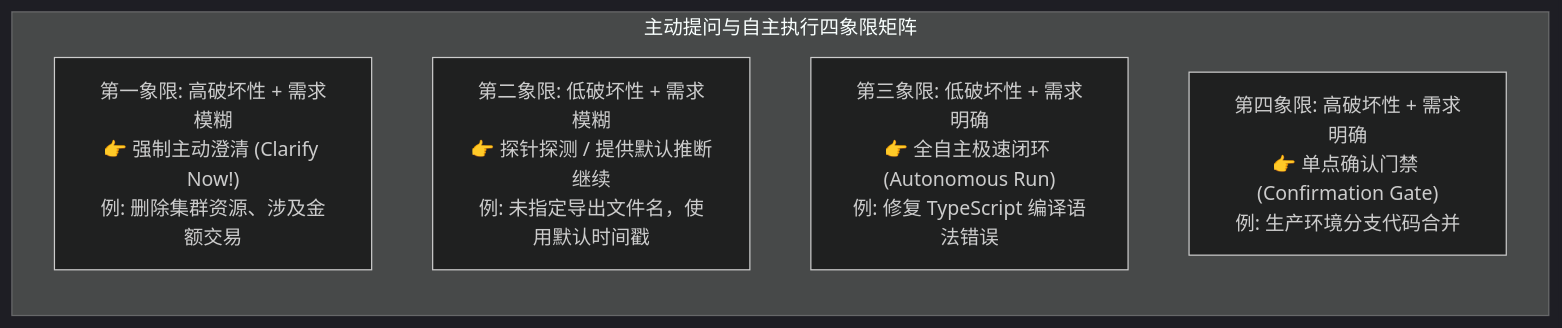
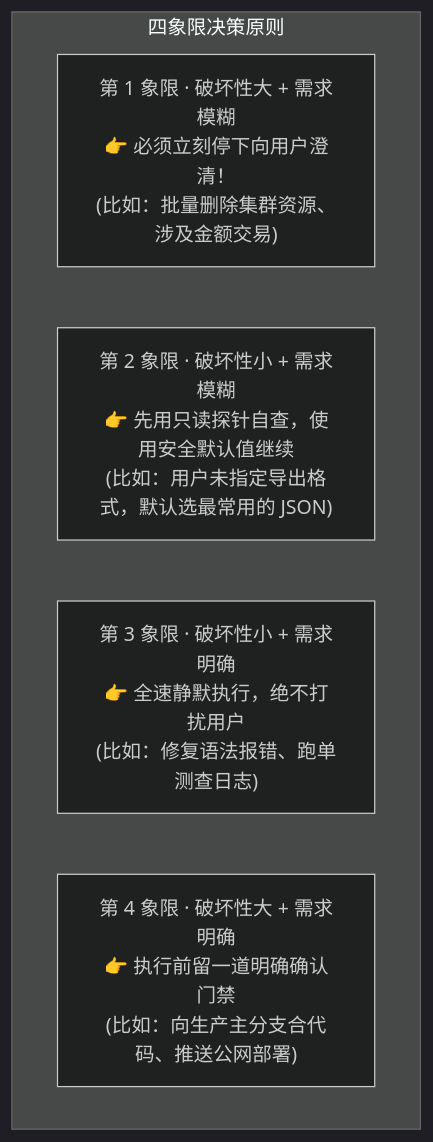
The first of 2 diagrams in app/ch06-interaction/03-human-in-the-loop-collaboration/page.mdx (ljh12138164/ai-agent-study), drawn with Mermaid (dark theme) before and after one commit. The commit also changed other lines of this file and 43 other files, not shown here.

````diff
--- a/app/ch06-interaction/03-human-in-the-loop-collaboration/page.mdx
+++ b/app/ch06-interaction/03-human-in-the-loop-collaboration/page.mdx
@@ -35,9 +13,9 @@
 ```mermaid
-graph LR
-    subgraph Quadrants["主动提问与自主执行四象限矩阵"]
-        Q1["第一象限: 高破坏性 + 需求模糊<br/>👉 强制主动澄清 (Clarify Now!)<br/>例: 删除集群资源、涉及金额交易"]
-        Q2["第二象限: 低破坏性 + 需求模糊<br/>👉 探针探测 / 提供默认推断继续<br/>例: 未指定导出文件名，使用默认时间戳"]
-        Q3["第三象限: 低破坏性 + 需求明确<br/>👉 全自主极速闭环 (Autonomous Run)<br/>例: 修复 TypeScript 编译语法错误"]
-        Q4["第四象限: 高破坏性 + 需求明确<br/>👉 单点确认门禁 (Confirmation Gate)<br/>例: 生产环境分支代码合并"]
+flowchart TD
+    subgraph Quadrants["四象限决策原则"]
+        Q1["第 1 象限 · 破坏性大 + 需求模糊<br/>👉 必须立刻停下向用户澄清！<br/>(比如：批量删除集群资源、涉及金额交易)"]
+        Q2["第 2 象限 · 破坏性小 + 需求模糊<br/>👉 先用只读探针自查，使用安全默认值继续<br/>(比如：用户未指定导出格式，默认选最常用的 JSON)"]
+        Q3["第 3 象限 · 破坏性小 + 需求明确<br/>👉 全速静默执行，绝不打扰用户<br/>(比如：修复语法报错、跑单测查日志)"]
+        Q4["第 4 象限 · 破坏性大 + 需求明确<br/>👉 执行前留一道明确确认门禁<br/>(比如：向生产主分支合代码、推送公网部署)"]
     end
 ```
````
